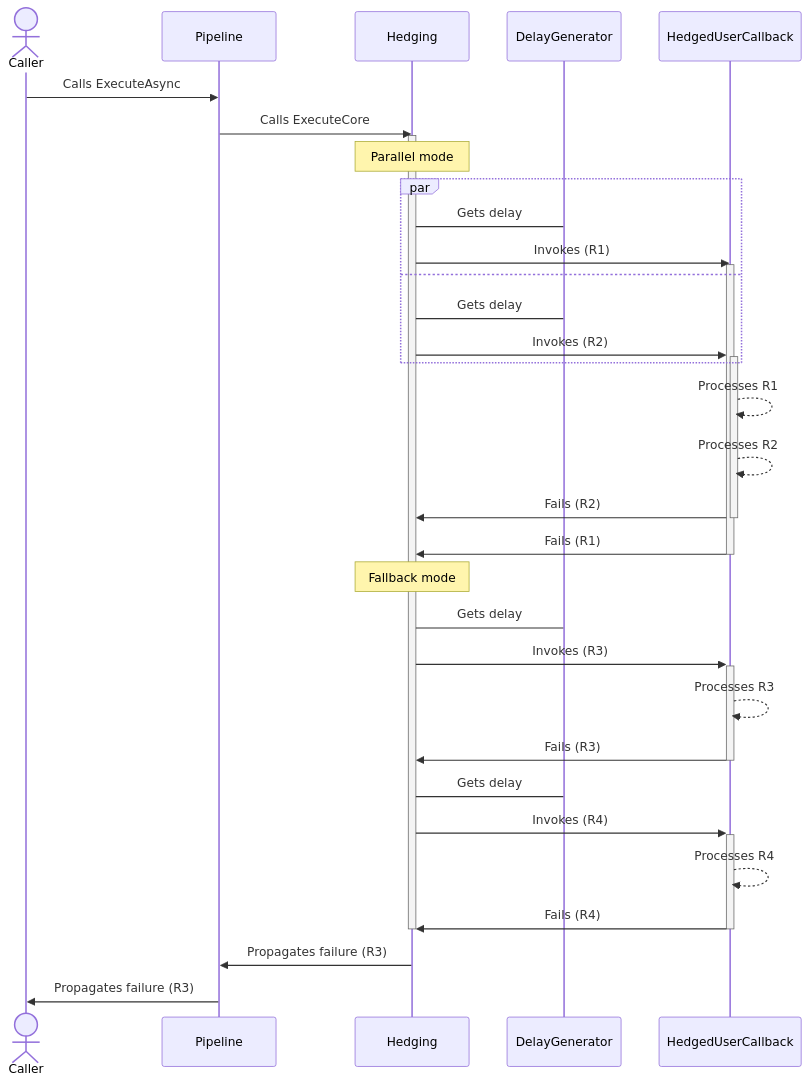
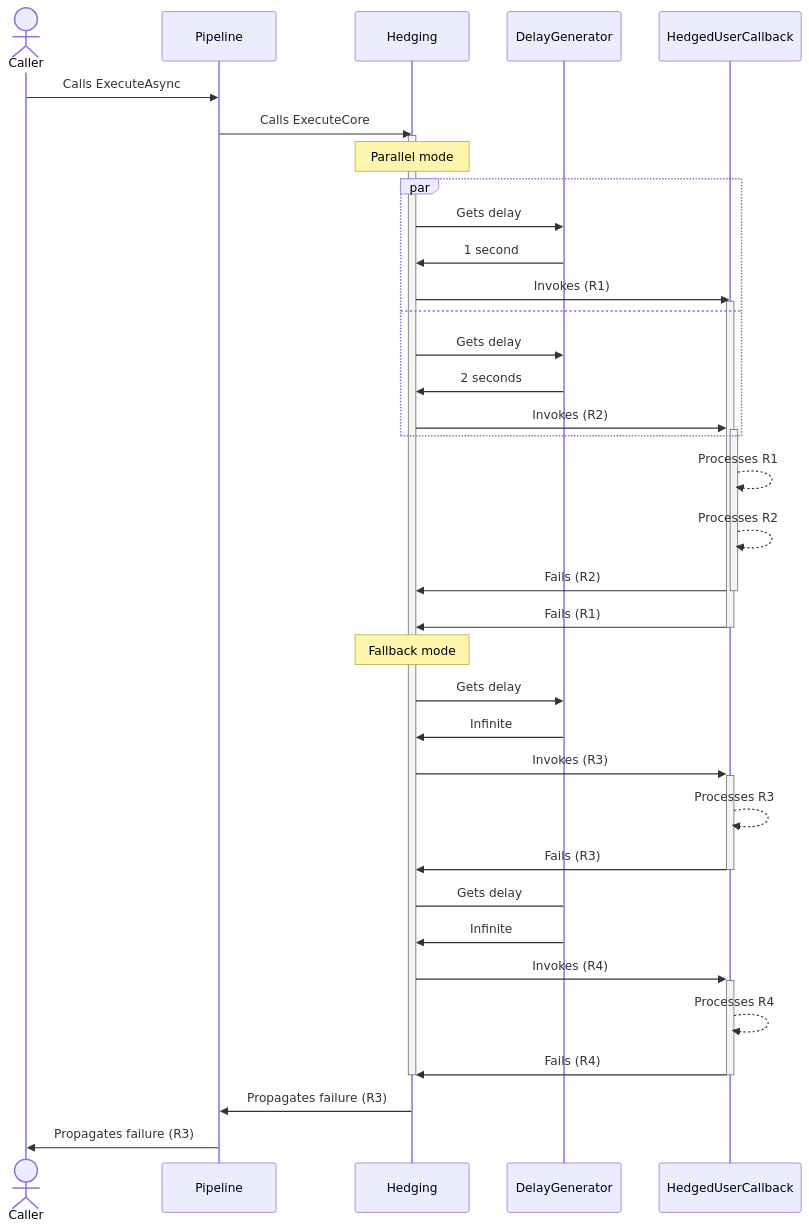
The eighth of 8 diagrams in docs/strategies/hedging.md (App-vNext/Polly), drawn with Mermaid before and after one commit. The commit also changed other lines of this file, not shown here.

Commit message:
Updates hedging diagrams based on feedbacks

````diff
--- a/docs/strategies/hedging.md
+++ b/docs/strategies/hedging.md
@@ -392,43 +396,47 @@
 ```mermaid
 sequenceDiagram
     actor C as Caller
     participant P as Pipeline
     participant H as Hedging
     participant DG as DelayGenerator
     participant HUC as HedgedUserCallback
 
     C->>P: Calls ExecuteAsync
     P->>H: Calls ExecuteCore
     activate H
 
     Note over H: Parallel mode
     par
-    H -> DG: Gets delay
+    H->>DG: Gets delay
+    DG->>H: 1 second
     H->>HUC: Invokes (R1)
     activate HUC
     and
-    H -> DG: Gets delay
+    H->>DG: Gets delay
+    DG->>H: 2 seconds
     H->>+HUC: Invokes (R2)
     end
 
     HUC-->>HUC: Processes R1
     HUC-->>HUC: Processes R2
     HUC->>-H: Fails (R2)
     HUC->>-H: Fails (R1)
 
     Note over H: Fallback mode
 
-    H -> DG: Gets delay
+    H->>DG: Gets delay
+    DG->>H: Infinite
     H->>+HUC: Invokes (R3)
     HUC-->>HUC: Processes R3
     HUC->>-H: Fails (R3)
 
     H -> DG: Gets delay
+    DG->>H: Infinite
     H->>+HUC: Invokes (R4)
     HUC-->>HUC: Processes R4
     HUC->>-H: Fails (R4)
 
     deactivate H
     H->>P: Propagates failure (R3)
     P->>C: Propagates failure (R3)
 ```
````
